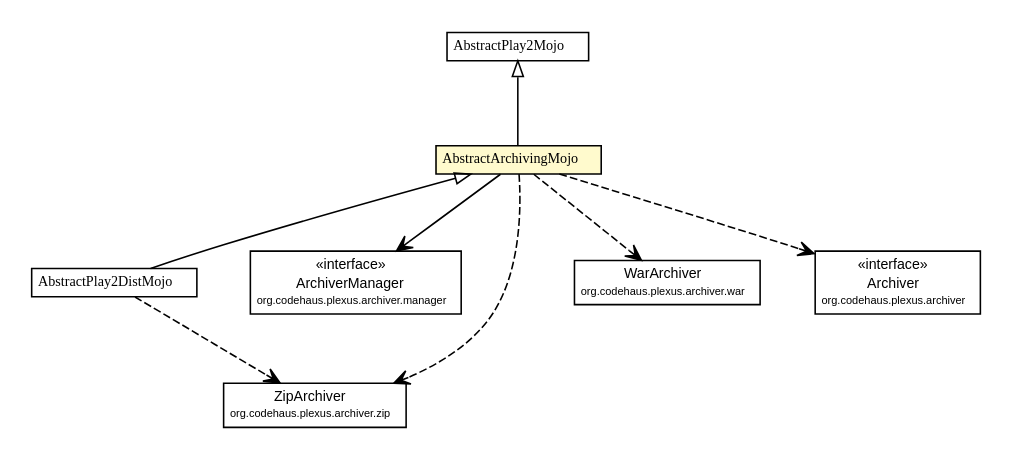
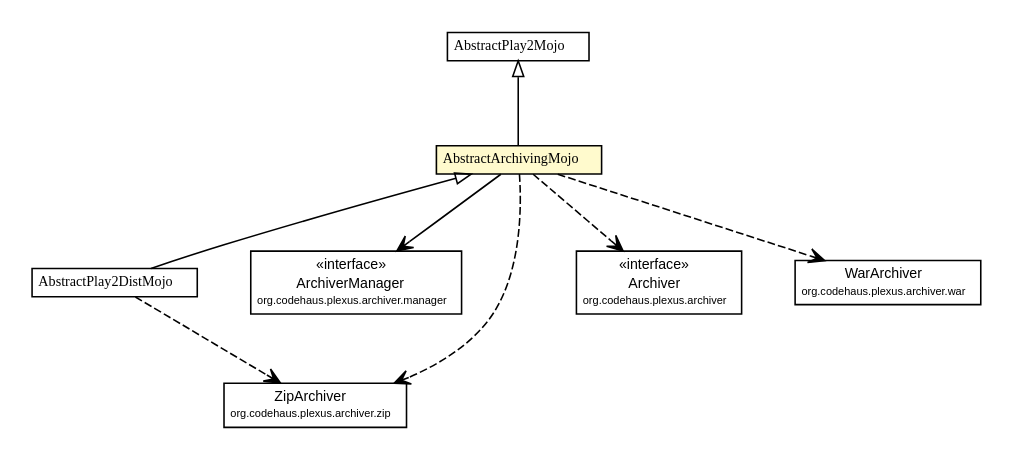
Before and after one commit to play2-maven-plugin/play2-maven-plugin.github.io: the diagram in play2-maven-plugin/1.0.0-beta6-SNAPSHOT/play2-maven-plugin/apidocs/com/google/code/play2/plugin/AbstractArchivingMojo.dot, drawn with Graphviz. The commit also changed 305 other files, not shown here.

```diff
--- a/play2-maven-plugin/1.0.0-beta6-SNAPSHOT/play2-maven-plugin/apidocs/com/google/code/play2/plugin/AbstractArchivingMojo.dot
+++ b/play2-maven-plugin/1.0.0-beta6-SNAPSHOT/play2-maven-plugin/apidocs/com/google/code/play2/plugin/AbstractArchivingMojo.dot
@@ -1,74 +1,74 @@
 #!/usr/local/bin/dot
 #
 # Class diagram 
 # Generated by UMLGraph version R5_6-24-gf6e263 (http://www.umlgraph.org/)
 #
 
 digraph G {
 	edge [fontname="arial",fontsize=10,labelfontname="arial",labelfontsize=10];
 	node [fontname="arial",fontsize=10,shape=plaintext];
 	nodesep=0.25;
 	ranksep=0.5;
 	// com.google.code.play2.plugin.AbstractPlay2Mojo
 	c252 [label=<<table title="com.google.code.play2.plugin.AbstractPlay2Mojo" border="0" cellborder="1" cellspacing="0" cellpadding="2" port="p" href="./AbstractPlay2Mojo.html">
 		<tr><td><table border="0" cellspacing="0" cellpadding="1">
 <tr><td align="center" balign="center"><font face="arial italic"> AbstractPlay2Mojo </font></td></tr>
 		</table></td></tr>
 		</table>>, URL="./AbstractPlay2Mojo.html", fontname="arial", fontcolor="black", fontsize=9.0];
 	// com.google.code.play2.plugin.AbstractPlay2DistMojo
 	c254 [label=<<table title="com.google.code.play2.plugin.AbstractPlay2DistMojo" border="0" cellborder="1" cellspacing="0" cellpadding="2" port="p" href="./AbstractPlay2DistMojo.html">
 		<tr><td><table border="0" cellspacing="0" cellpadding="1">
 <tr><td align="center" balign="center"><font face="arial italic"> AbstractPlay2DistMojo </font></td></tr>
 		</table></td></tr>
 		</table>>, URL="./AbstractPlay2DistMojo.html", fontname="arial", fontcolor="black", fontsize=9.0];
 	// com.google.code.play2.plugin.AbstractArchivingMojo
 	c257 [label=<<table title="com.google.code.play2.plugin.AbstractArchivingMojo" border="0" cellborder="1" cellspacing="0" cellpadding="2" port="p" bgcolor="lemonChiffon" href="./AbstractArchivingMojo.html">
 		<tr><td><table border="0" cellspacing="0" cellpadding="1">
 <tr><td align="center" balign="center"><font face="arial italic"> AbstractArchivingMojo </font></td></tr>
 		</table></td></tr>
 		</table>>, URL="./AbstractArchivingMojo.html", fontname="arial", fontcolor="black", fontsize=9.0];
 	//com.google.code.play2.plugin.AbstractPlay2DistMojo extends com.google.code.play2.plugin.AbstractArchivingMojo
 	c257:p -> c254:p [dir=back,arrowtail=empty];
 	//com.google.code.play2.plugin.AbstractArchivingMojo extends com.google.code.play2.plugin.AbstractPlay2Mojo
 	c252:p -> c257:p [dir=back,arrowtail=empty];
 	// com.google.code.play2.plugin.AbstractArchivingMojo NAVASSOC org.codehaus.plexus.archiver.manager.ArchiverManager
 	c257:p -> c262:p [taillabel="", label="", headlabel="", fontname="arial", fontcolor="black", fontsize=10.0, color="black", arrowhead=open];
 	// com.google.code.play2.plugin.AbstractPlay2DistMojo DEPEND org.codehaus.plexus.archiver.zip.ZipArchiver
 	c254:p -> c264:p [taillabel="", label="", headlabel="", fontname="arial", fontcolor="black", fontsize=10.0, color="black", arrowhead=open, style=dashed];
+	// com.google.code.play2.plugin.AbstractArchivingMojo DEPEND org.codehaus.plexus.archiver.Archiver
+	c257:p -> c266:p [taillabel="", label="", headlabel="", fontname="arial", fontcolor="black", fontsize=10.0, color="black", arrowhead=open, style=dashed];
 	// com.google.code.play2.plugin.AbstractArchivingMojo DEPEND org.codehaus.plexus.archiver.zip.ZipArchiver
 	c257:p -> c264:p [taillabel="", label="", headlabel="", fontname="arial", fontcolor="black", fontsize=10.0, color="black", arrowhead=open, style=dashed];
 	// com.google.code.play2.plugin.AbstractArchivingMojo DEPEND org.codehaus.plexus.archiver.war.WarArchiver
-	c257:p -> c268:p [taillabel="", label="", headlabel="", fontname="arial", fontcolor="black", fontsize=10.0, color="black", arrowhead=open, style=dashed];
-	// com.google.code.play2.plugin.AbstractArchivingMojo DEPEND org.codehaus.plexus.archiver.Archiver
 	c257:p -> c270:p [taillabel="", label="", headlabel="", fontname="arial", fontcolor="black", fontsize=10.0, color="black", arrowhead=open, style=dashed];
 	// org.codehaus.plexus.archiver.manager.ArchiverManager
 	c262 [label=<<table title="org.codehaus.plexus.archiver.manager.ArchiverManager" border="0" cellborder="1" cellspacing="0" cellpadding="2" port="p" href="http://play2-maven-plugin.github.io/external-apidocs/org/codehaus/plexus/plexus-archiver/3.0/org/codehaus/plexus/archiver/manager/ArchiverManager.html">
 		<tr><td><table border="0" cellspacing="0" cellpadding="1">
 <tr><td align="center" balign="center"> &#171;interface&#187; </td></tr>
 <tr><td align="center" balign="center"> ArchiverManager </td></tr>
 <tr><td align="center" balign="center"><font point-size="7.0"> org.codehaus.plexus.archiver.manager </font></td></tr>
 		</table></td></tr>
 		</table>>, URL="http://play2-maven-plugin.github.io/external-apidocs/org/codehaus/plexus/plexus-archiver/3.0/org/codehaus/plexus/archiver/manager/ArchiverManager.html", fontname="arial", fontcolor="black", fontsize=9.0];
 	// org.codehaus.plexus.archiver.zip.ZipArchiver
 	c264 [label=<<table title="org.codehaus.plexus.archiver.zip.ZipArchiver" border="0" cellborder="1" cellspacing="0" cellpadding="2" port="p" href="http://play2-maven-plugin.github.io/external-apidocs/org/codehaus/plexus/plexus-archiver/3.0/org/codehaus/plexus/archiver/zip/ZipArchiver.html">
 		<tr><td><table border="0" cellspacing="0" cellpadding="1">
 <tr><td align="center" balign="center"> ZipArchiver </td></tr>
 <tr><td align="center" balign="center"><font point-size="7.0"> org.codehaus.plexus.archiver.zip </font></td></tr>
 		</table></td></tr>
 		</table>>, URL="http://play2-maven-plugin.github.io/external-apidocs/org/codehaus/plexus/plexus-archiver/3.0/org/codehaus/plexus/archiver/zip/ZipArchiver.html", fontname="arial", fontcolor="black", fontsize=9.0];
-	// org.codehaus.plexus.archiver.war.WarArchiver
-	c268 [label=<<table title="org.codehaus.plexus.archiver.war.WarArchiver" border="0" cellborder="1" cellspacing="0" cellpadding="2" port="p" href="http://play2-maven-plugin.github.io/external-apidocs/org/codehaus/plexus/plexus-archiver/3.0/org/codehaus/plexus/archiver/war/WarArchiver.html">
-		<tr><td><table border="0" cellspacing="0" cellpadding="1">
-<tr><td align="center" balign="center"> WarArchiver </td></tr>
-<tr><td align="center" balign="center"><font point-size="7.0"> org.codehaus.plexus.archiver.war </font></td></tr>
-		</table></td></tr>
-		</table>>, URL="http://play2-maven-plugin.github.io/external-apidocs/org/codehaus/plexus/plexus-archiver/3.0/org/codehaus/plexus/archiver/war/WarArchiver.html", fontname="arial", fontcolor="black", fontsize=9.0];
 	// org.codehaus.plexus.archiver.Archiver
-	c270 [label=<<table title="org.codehaus.plexus.archiver.Archiver" border="0" cellborder="1" cellspacing="0" cellpadding="2" port="p" href="http://play2-maven-plugin.github.io/external-apidocs/org/codehaus/plexus/plexus-archiver/3.0/org/codehaus/plexus/archiver/Archiver.html">
+	c266 [label=<<table title="org.codehaus.plexus.archiver.Archiver" border="0" cellborder="1" cellspacing="0" cellpadding="2" port="p" href="http://play2-maven-plugin.github.io/external-apidocs/org/codehaus/plexus/plexus-archiver/3.0/org/codehaus/plexus/archiver/Archiver.html">
 		<tr><td><table border="0" cellspacing="0" cellpadding="1">
 <tr><td align="center" balign="center"> &#171;interface&#187; </td></tr>
 <tr><td align="center" balign="center"> Archiver </td></tr>
 <tr><td align="center" balign="center"><font point-size="7.0"> org.codehaus.plexus.archiver </font></td></tr>
 		</table></td></tr>
 		</table>>, URL="http://play2-maven-plugin.github.io/external-apidocs/org/codehaus/plexus/plexus-archiver/3.0/org/codehaus/plexus/archiver/Archiver.html", fontname="arial", fontcolor="black", fontsize=9.0];
+	// org.codehaus.plexus.archiver.war.WarArchiver
+	c270 [label=<<table title="org.codehaus.plexus.archiver.war.WarArchiver" border="0" cellborder="1" cellspacing="0" cellpadding="2" port="p" href="http://play2-maven-plugin.github.io/external-apidocs/org/codehaus/plexus/plexus-archiver/3.0/org/codehaus/plexus/archiver/war/WarArchiver.html">
+		<tr><td><table border="0" cellspacing="0" cellpadding="1">
+<tr><td align="center" balign="center"> WarArchiver </td></tr>
+<tr><td align="center" balign="center"><font point-size="7.0"> org.codehaus.plexus.archiver.war </font></td></tr>
+		</table></td></tr>
+		</table>>, URL="http://play2-maven-plugin.github.io/external-apidocs/org/codehaus/plexus/plexus-archiver/3.0/org/codehaus/plexus/archiver/war/WarArchiver.html", fontname="arial", fontcolor="black", fontsize=9.0];
 }
```
